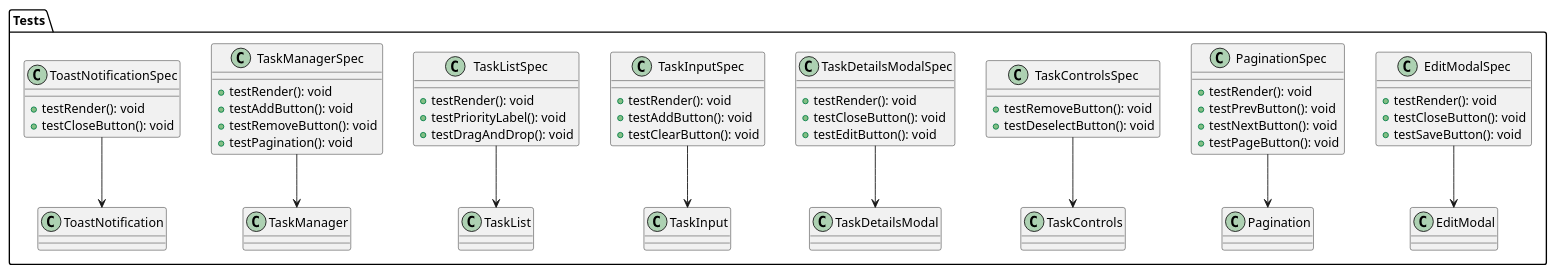
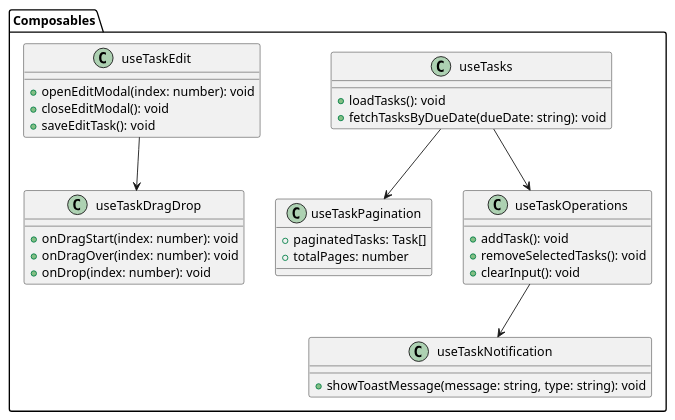
One commit to Takayuki-Suda/nuxt-todo-app-document changed the third of 4 diagrams in docs/puml/TaskClassDiagram.puml. Above: the diagram before and after it, drawn with PlantUML. The commit also changed other lines of this file and 16 other files, not shown here.

Commit message:
refactor: タスククラス図のPNGファイルを分割し、視認性を向上

```diff
--- a/docs/puml/TaskClassDiagram.puml
+++ b/docs/puml/TaskClassDiagram.puml
@@ -109,59 +43,40 @@
-@startuml  TaskClassDiagramTests
-package "Tests" {
-  class EditModalSpec {
-    + testRender(): void
-    + testCloseButton(): void
-    + testSaveButton(): void
+@startuml
+package "Composables" {
+  class useTasks {
+    + loadTasks(): void
+    + fetchTasksByDueDate(dueDate: string): void
   }
 
-  class PaginationSpec {
-    + testRender(): void
-    + testPrevButton(): void
-    + testNextButton(): void
-    + testPageButton(): void
+  class useTaskPagination {
+    + paginatedTasks: Task[]
+    + totalPages: number
   }
 
-  class TaskControlsSpec {
-    + testRemoveButton(): void
-    + testDeselectButton(): void
+  class useTaskOperations {
+    + addTask(): void
+    + removeSelectedTasks(): void
+    + clearInput(): void
   }
 
-  class TaskDetailsModalSpec {
-    + testRender(): void
-    + testCloseButton(): void
-    + testEditButton(): void
+  class useTaskNotification {
+    + showToastMessage(message: string, type: string): void
   }
 
-  class TaskInputSpec {
-    + testRender(): void
-    + testAddButton(): void
-    + testClearButton(): void
+  class useTaskEdit {
+    + openEditModal(index: number): void
+    + closeEditModal(): void
+    + saveEditTask(): void
   }
 
-  class TaskListSpec {
-    + testRender(): void
-    + testPriorityLabel(): void
-    + testDragAndDrop(): void
+  class useTaskDragDrop {
+    + onDragStart(index: number): void
+    + onDragOver(index: number): void
+    + onDrop(index: number): void
   }
 
-  class TaskManagerSpec {
-    + testRender(): void
-    + testAddButton(): void
-    + testRemoveButton(): void
-    + testPagination(): void
-  }
-
-  class ToastNotificationSpec {
-    + testRender(): void
-    + testCloseButton(): void
-  }
-
-EditModalSpec --> EditModal
-PaginationSpec --> Pagination
-TaskControlsSpec --> TaskControls
-TaskDetailsModalSpec --> TaskDetailsModal
-TaskInputSpec --> TaskInput
-TaskListSpec --> TaskList
-TaskManagerSpec --> TaskManager
-ToastNotificationSpec --> ToastNotification
+  useTasks --> useTaskPagination
+  useTasks --> useTaskOperations
+  useTaskOperations --> useTaskNotification
+  useTaskEdit --> useTaskDragDrop
+}
 @enduml
```
